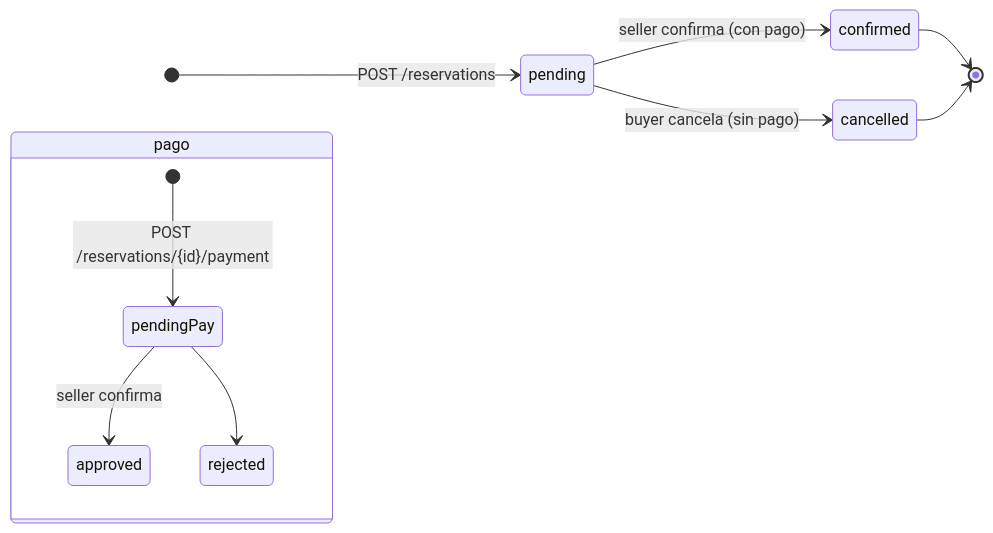
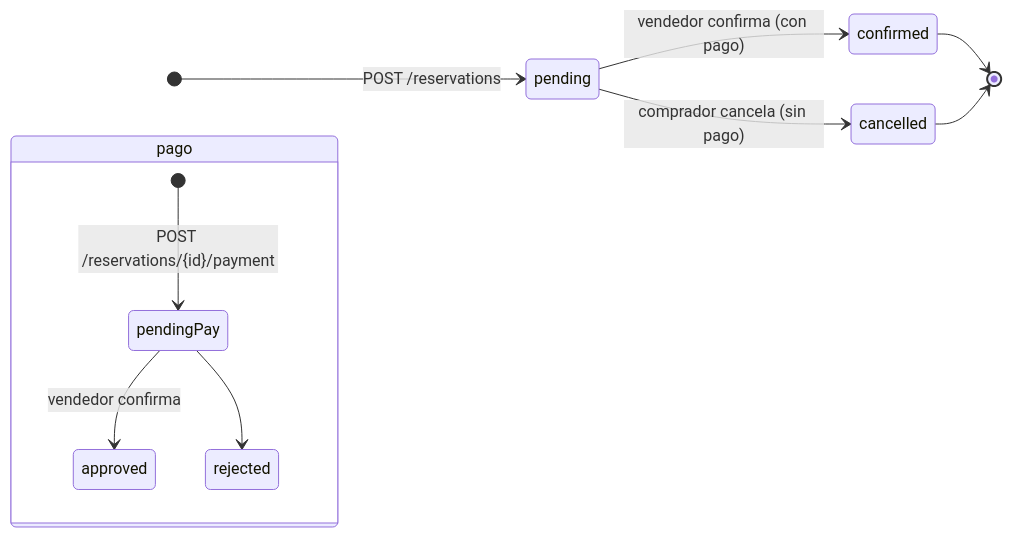
One commit to pinolrent/pinolrent-api changed the second of 2 diagrams in docs/arquitectura.md. Above: the diagram before and after it, drawn with Mermaid. The commit also changed other lines of this file and 10 other files, not shown here.

````diff
--- a/docs/arquitectura.md
+++ b/docs/arquitectura.md
@@ -116,15 +93,15 @@
 ```mermaid
 stateDiagram-v2
     direction LR
     [*] --> pending: POST /reservations
-    pending --> confirmed: seller confirma (con pago)
-    pending --> cancelled: buyer cancela (sin pago)
+    pending --> confirmed: vendedor confirma (con pago)
+    pending --> cancelled: comprador cancela (sin pago)
     confirmed --> [*]
     cancelled --> [*]
 
     state "pago" as p {
         [*] --> pendingPay: POST /reservations/{id}/payment
-        pendingPay --> approved: seller confirma
+        pendingPay --> approved: vendedor confirma
         pendingPay --> rejected
     }
 ```
````
